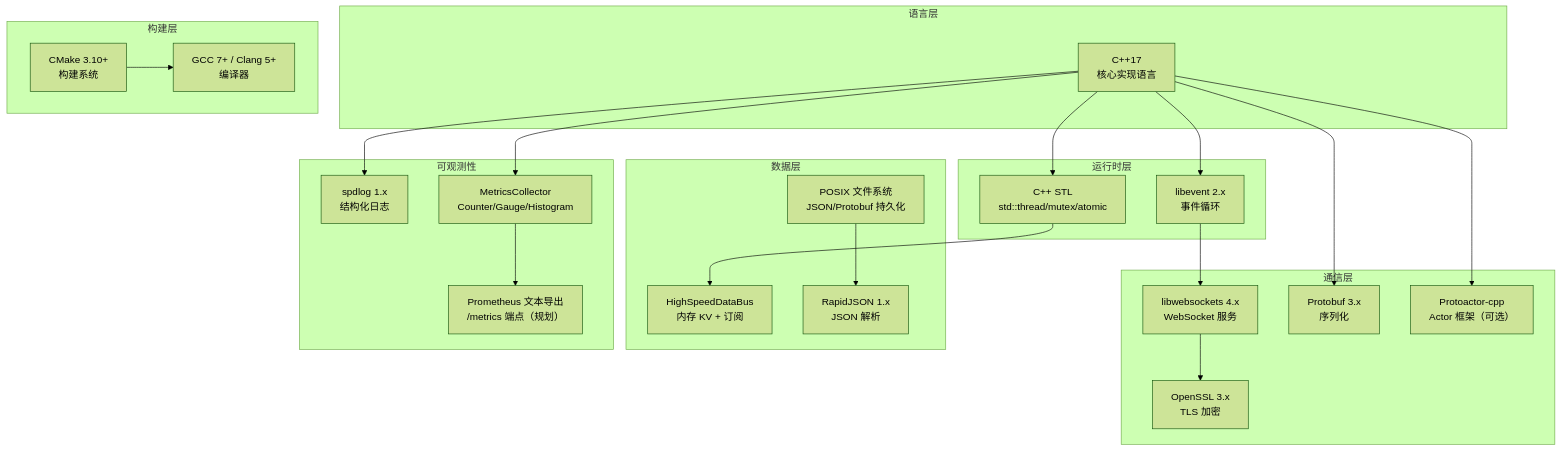
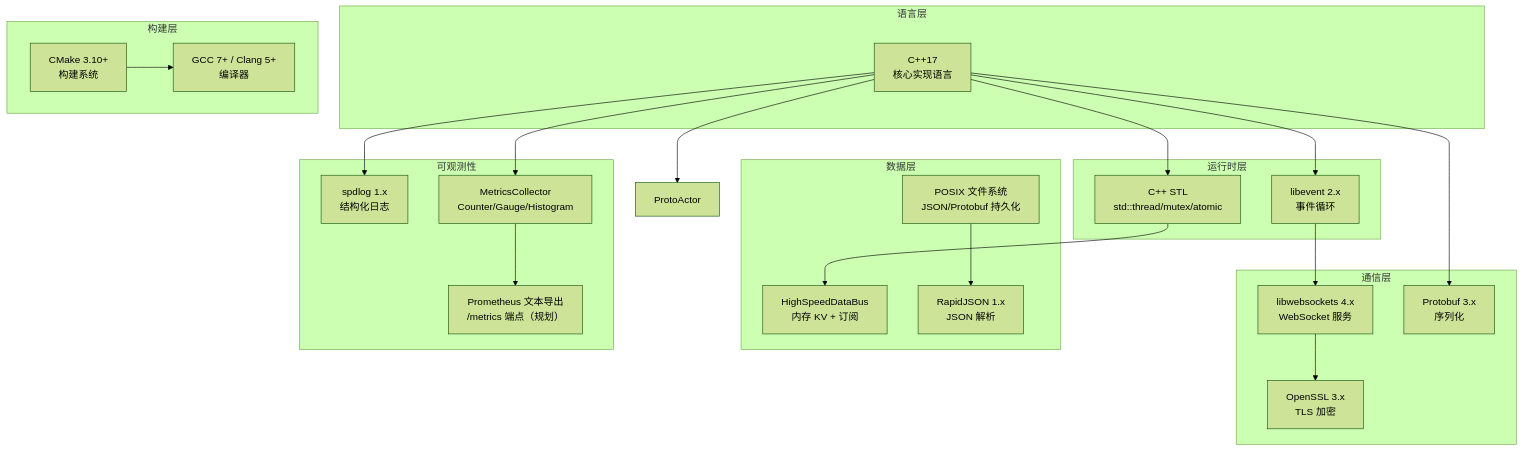
One commit to xyz11274/agentf changed diagram 11 of 17 in docs/ARCHITECTURE.md. Above: the diagram before and after it, drawn with Mermaid (forest theme). The commit also changed other lines of this file, not shown here.

First line of the commit message:
Revise architecture documentation for clarity and updates

````diff
--- a/docs/ARCHITECTURE.md
+++ b/docs/ARCHITECTURE.md
@@ -753,45 +767,44 @@
 ```mermaid
 graph TB
     subgraph Language["语言层"]
         CPP17["C++17\n核心实现语言"]
     end
 
     subgraph BuildSystem["构建层"]
         CMake["CMake 3.10+\n构建系统"]
         GCC["GCC 7+ / Clang 5+\n编译器"]
     end
 
     subgraph Runtime["运行时层"]
         STL["C++ STL\nstd::thread/mutex/atomic"]
         libevent["libevent 2.x\n事件循环"]
     end
 
     subgraph Communication["通信层"]
         LWS["libwebsockets 4.x\nWebSocket 服务"]
         OpenSSL["OpenSSL 3.x\nTLS 加密"]
         Protobuf["Protobuf 3.x\n序列化"]
-        ProtoActor["Protoactor-cpp\nActor 框架（可选）"]
     end
 
     subgraph Data["数据层"]
         InMemKV["HighSpeedDataBus\n内存 KV + 订阅"]
         FileFS["POSIX 文件系统\nJSON/Protobuf 持久化"]
         RapidJSON["RapidJSON 1.x\nJSON 解析"]
     end
 
     subgraph Observability["可观测性"]
         spdlog["spdlog 1.x\n结构化日志"]
         MetricsLib["MetricsCollector\nCounter/Gauge/Histogram"]
         PromeExport["Prometheus 文本导出\n/metrics 端点（规划）"]
     end
 
     CPP17 --> STL & libevent
     CMake --> GCC
     STL --> InMemKV
     libevent --> LWS
     LWS --> OpenSSL
     CPP17 --> Protobuf & ProtoActor
     FileFS --> RapidJSON
     CPP17 --> spdlog & MetricsLib
     MetricsLib --> PromeExport
 ```
````
